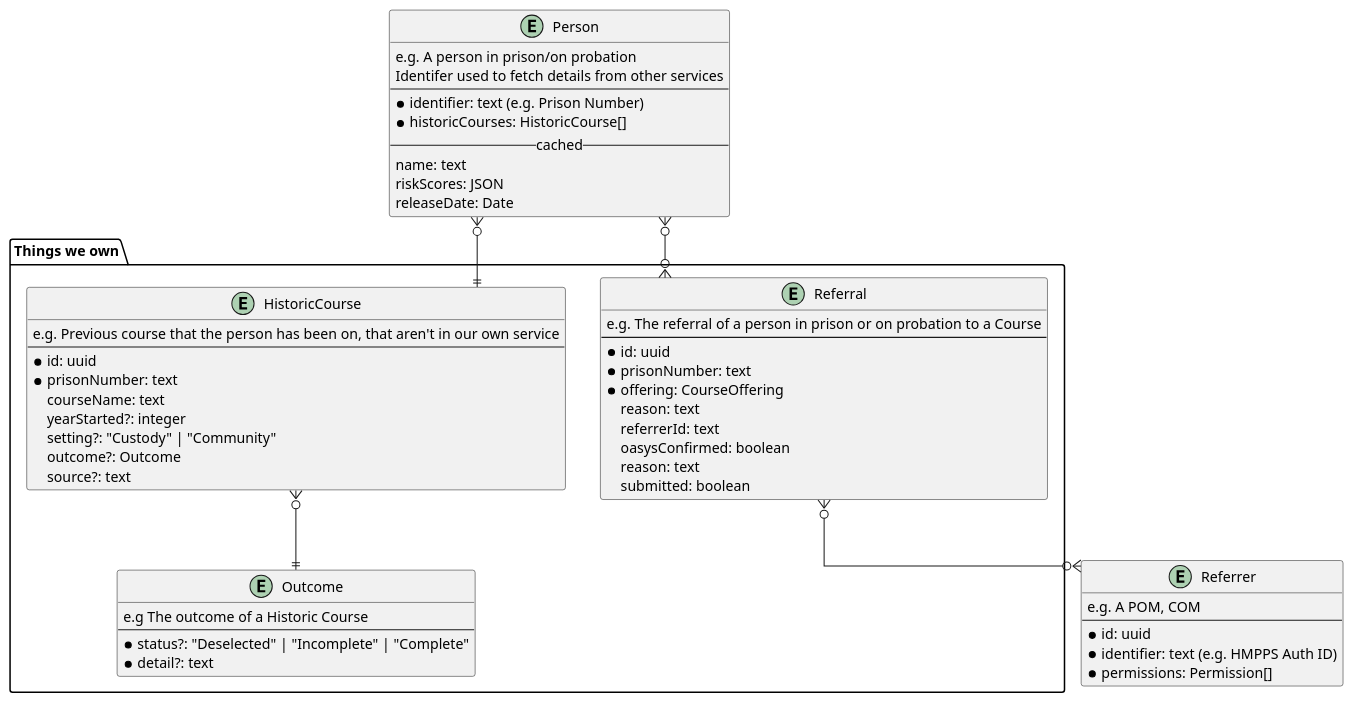
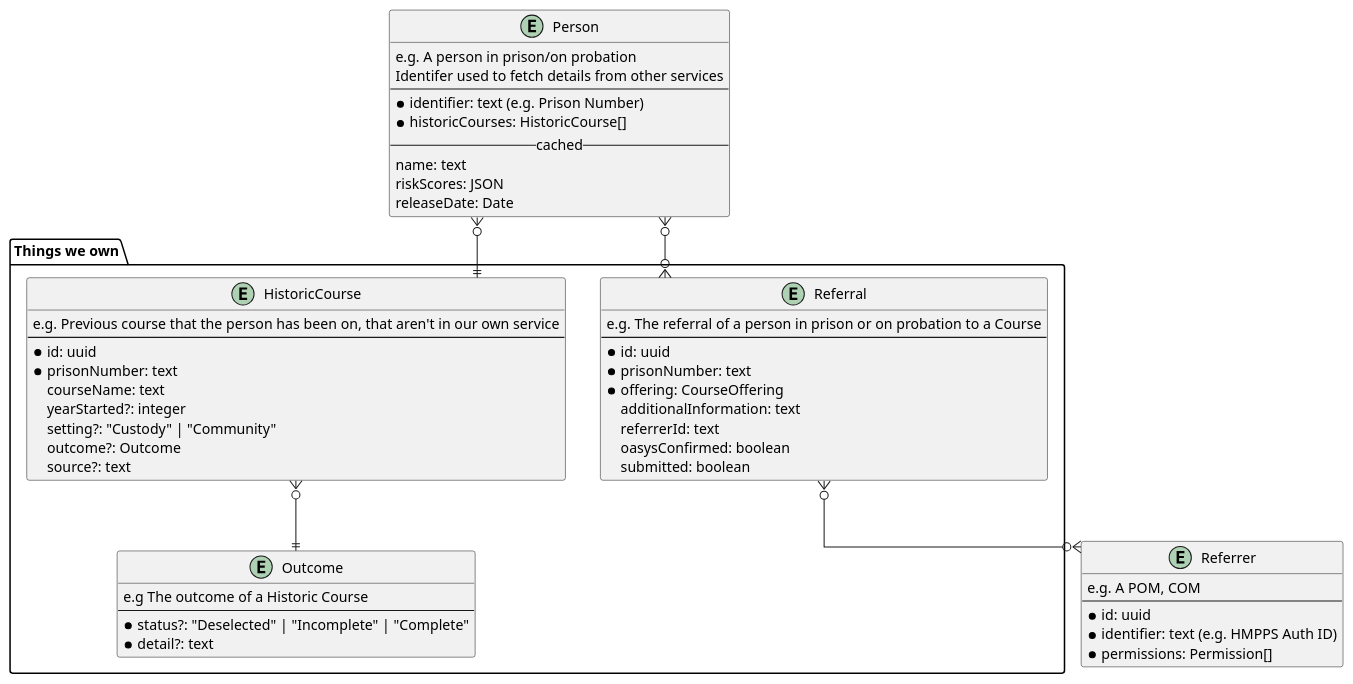
Before and after one commit to ministryofjustice/hmpps-accredited-programmes-api: the diagram in doc/architecture/diagrams/data-structures/refer.wsd, drawn with PlantUML. The commit also changed 3 other files, not shown here.

Commit message:
Update OpenApi spec & db to add `Referral`.`additionalInformation` field and deprecate old `reason` field.

```diff
--- a/doc/architecture/diagrams/data-structures/refer.wsd
+++ b/doc/architecture/diagrams/data-structures/refer.wsd
@@ -1,63 +1,62 @@
 @startuml
 skinparam linetype ortho
 
 package "Things we own" {
   entity Referral {
     e.g. The referral of a person in prison or on probation to a Course
     --
     * id: uuid
     * prisonNumber: text
     * offering: CourseOffering
-    reason: text
+    additionalInformation: text
     referrerId: text
     oasysConfirmed: boolean
-    reason: text
     submitted: boolean
   }
 
   entity HistoricCourse {
     e.g. Previous course that the person has been on, that aren't in our own service
     --
     * id: uuid
     * prisonNumber: text
     courseName: text
     yearStarted?: integer
     setting?: "Custody" | "Community"
     outcome?: Outcome
     source?: text
   }
 
   entity Outcome {
     e.g The outcome of a Historic Course
     --
     * status?: "Deselected" | "Incomplete" | "Complete"
     * detail?: text
   }
 }
 
 entity Person {
   e.g. A person in prison/on probation
   Identifer used to fetch details from other services
   --
   * identifier: text (e.g. Prison Number)
   * historicCourses: HistoricCourse[]
   --cached--
   name: text
   riskScores: JSON
   releaseDate: Date
 }
 
 entity Referrer {
   e.g. A POM, COM
   --
   * id: uuid
   * identifier: text (e.g. HMPPS Auth ID)
   * permissions: Permission[]
 }
 
 Person }o--|| HistoricCourse
 HistoricCourse }o--|| Outcome
 Referral }o--o{ Person
 Referral }o--o{ Referrer
 
 @enduml
```
